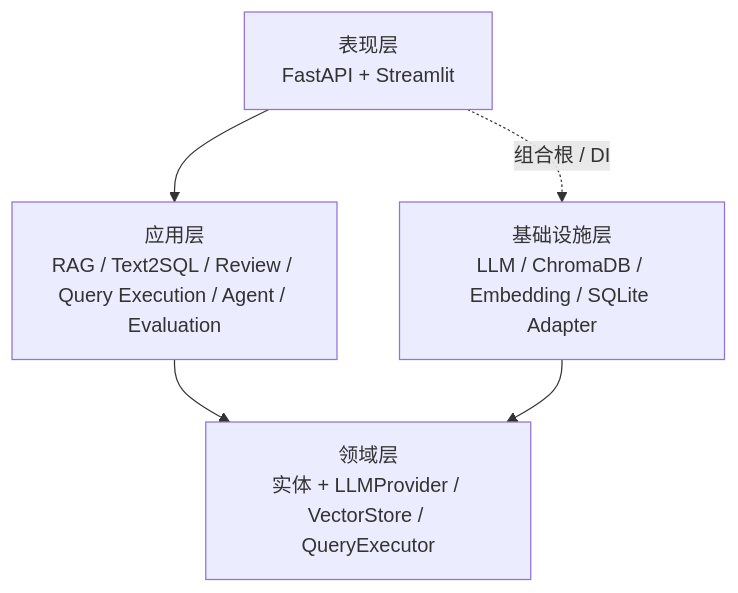
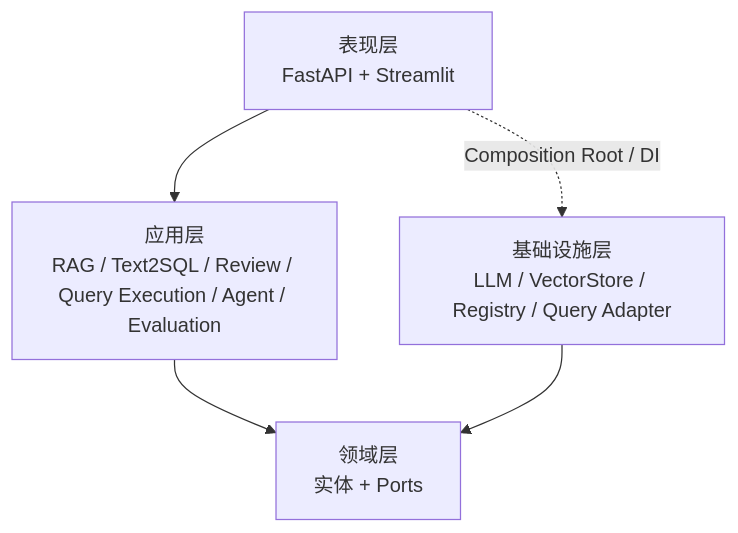
One commit to plutoczm/DataCopilot changed the first of 10 diagrams in docs/ARCHITECTURE.md. Above: the diagram before and after it, drawn with Mermaid. The commit also changed other lines of this file, not shown here.

Commit message:
docs: add schema catalog and result oracle architecture

````diff
--- a/docs/ARCHITECTURE.md
+++ b/docs/ARCHITECTURE.md
@@ -7,12 +7,12 @@
 ```mermaid
 flowchart TB
     Presentation[表现层<br/>FastAPI + Streamlit]
     Application[应用层<br/>RAG / Text2SQL / Review / Query Execution / Agent / Evaluation]
-    Domain[领域层<br/>实体 + LLMProvider / VectorStore / QueryExecutor]
-    Infrastructure[基础设施层<br/>LLM / ChromaDB / Embedding / SQLite Adapter]
+    Domain[领域层<br/>实体 + Ports]
+    Infrastructure[基础设施层<br/>LLM / VectorStore / Registry / Query Adapter]
 
     Presentation --> Application
     Application --> Domain
     Infrastructure --> Domain
-    Presentation -. 组合根 / DI .-> Infrastructure
+    Presentation -. Composition Root / DI .-> Infrastructure
 ```
````
